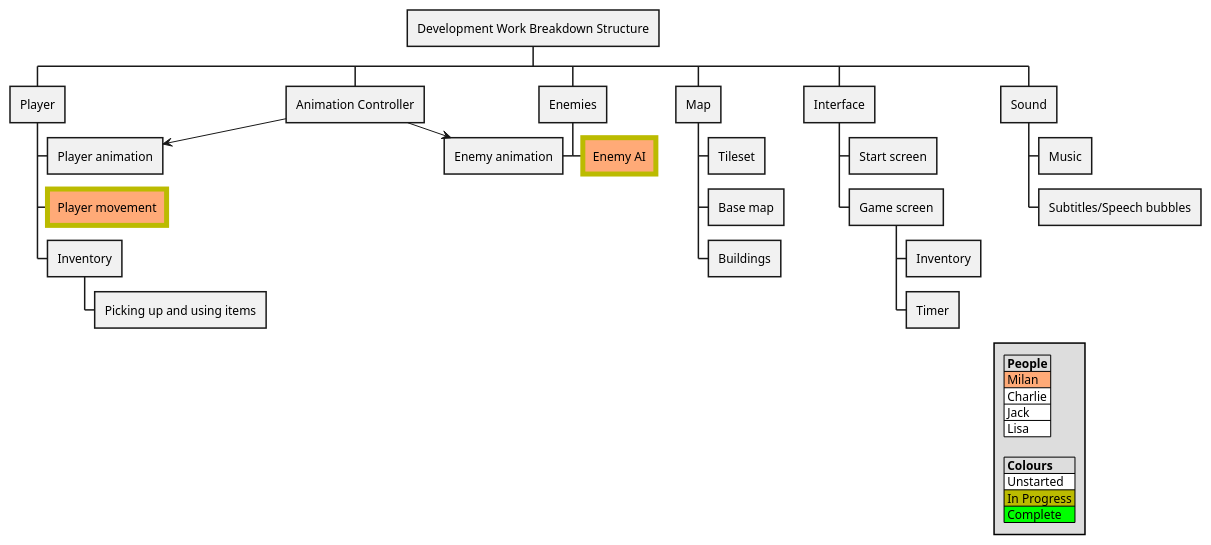
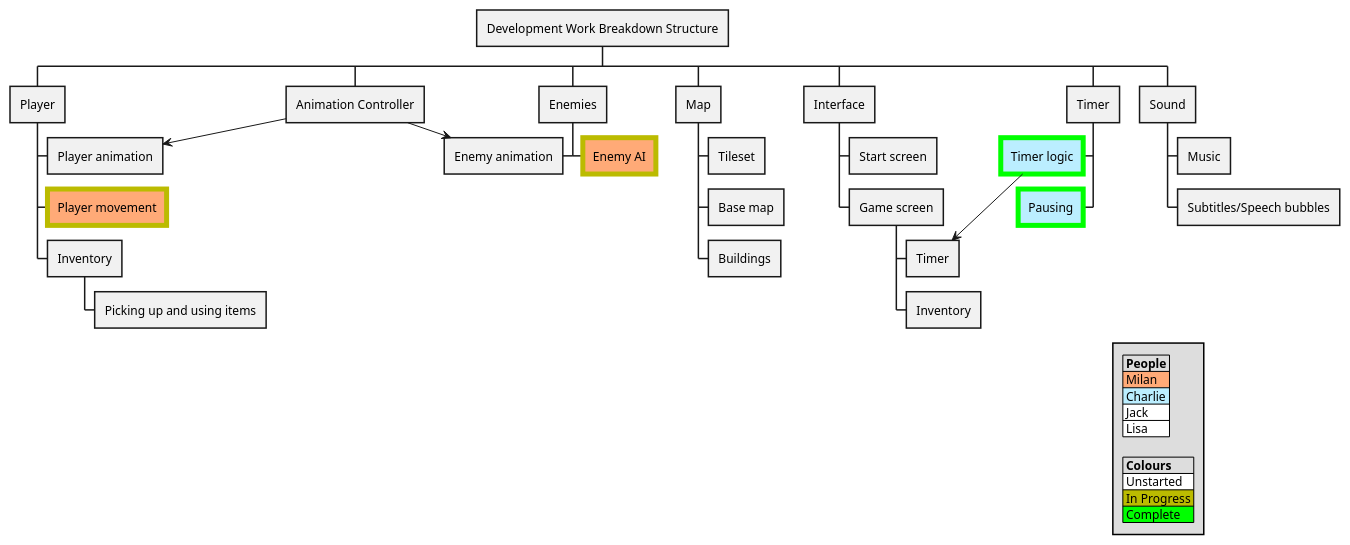
One commit to Abdul-018/CallOfGoosulhu changed the diagram in charts/test.puml. Above: the diagram before and after it, drawn with PlantUML.

Commit message:
Added Charlie's colour and added timer
Added Charlie's colour and added timer

```diff
--- a/charts/test.puml
+++ b/charts/test.puml
@@ -1,99 +1,103 @@
 @startwbs
 <style>
 ' Milan
 .milan {
   BackgroundColor #ffaa77;
 }
 .milan_prog {
   BackgroundColor #ffaa77;
   LineColor #BBBB00;
   LineThickness 5.0
 }
 .milan_done {
   BackgroundColor #ffaa77;
   LineColor #00FF00;
   LineThickness 5.0
 }
 ' Charlie
 .charlie {
-  BackgroundColor #ffffff;
+  BackgroundColor #bbeeff;
 }
 .charlie_prog {
-  BackgroundColor #ffffff;
+  BackgroundColor #bbeeff;
   LineColor #BBBB00;
   LineThickness 5.0
 }
 .charlie_done {
-  BackgroundColor #ffffff;
+  BackgroundColor #bbeeff;
   LineColor #00FF00;
   LineThickness 5.0
 }
 ' Jack
 .jack {
   BackgroundColor #ffffff;
 }
 .jack_prog {
   BackgroundColor #ffffff;
   LineColor #BBBB00;
   LineThickness 5.0
 }
 .jack_done {
   BackgroundColor #ffffff;
   LineColor #00FF00;
   LineThickness 5.0
 }
 ' Lisa
 .lisa {
   BackgroundColor #ffffff;
 }
 .lisa_prog {
   BackgroundColor #ffffff;
   LineColor #BBBB00;
   LineThickness 5.0
 }
 .lisa_done {
   BackgroundColor #ffffff;
   LineColor #00FF00;
   LineThickness 5.0
 }
 
 </style>
 legend right
   |= People |
   |<#ffaa77> Milan |
-  |<#ffffff> Charlie |
+  |<#bbeeff> Charlie |
   |<#ffffff> Jack |
   |<#ffffff> Lisa |
 
   |= Colours |
   |<#0000000> Unstarted |
   |<#BBBB00> In Progress |
   |<#00FF00> Complete |
 endlegend
 * Development Work Breakdown Structure
 ** Player
 *** "Player animation" as pAnim
 *** Player movement <<milan_prog>>
 *** Inventory
 **** Picking up and using items
 ** "Animation Controller" as anim
 ** Enemies
 ***< "Enemy animation" as eAnim
 *** Enemy AI <<milan_prog>>
 ** Map
 *** Tileset
 *** Base map
 *** Buildings
 ** Interface
 *** Start screen
 *** Game screen
+**** "Timer" as timer_ui
 **** Inventory
-**** Timer
+** Timer
+***< "Timer logic <<charlie_done>>" as timer_logic
+***< Pausing <<charlie_done>>
 ** Sound
 *** Music
 *** Subtitles/Speech bubbles
 
 ' Arrows here
 anim -> pAnim
 anim -> eAnim
+timer_logic -> timer_ui
 @endwbs
```
